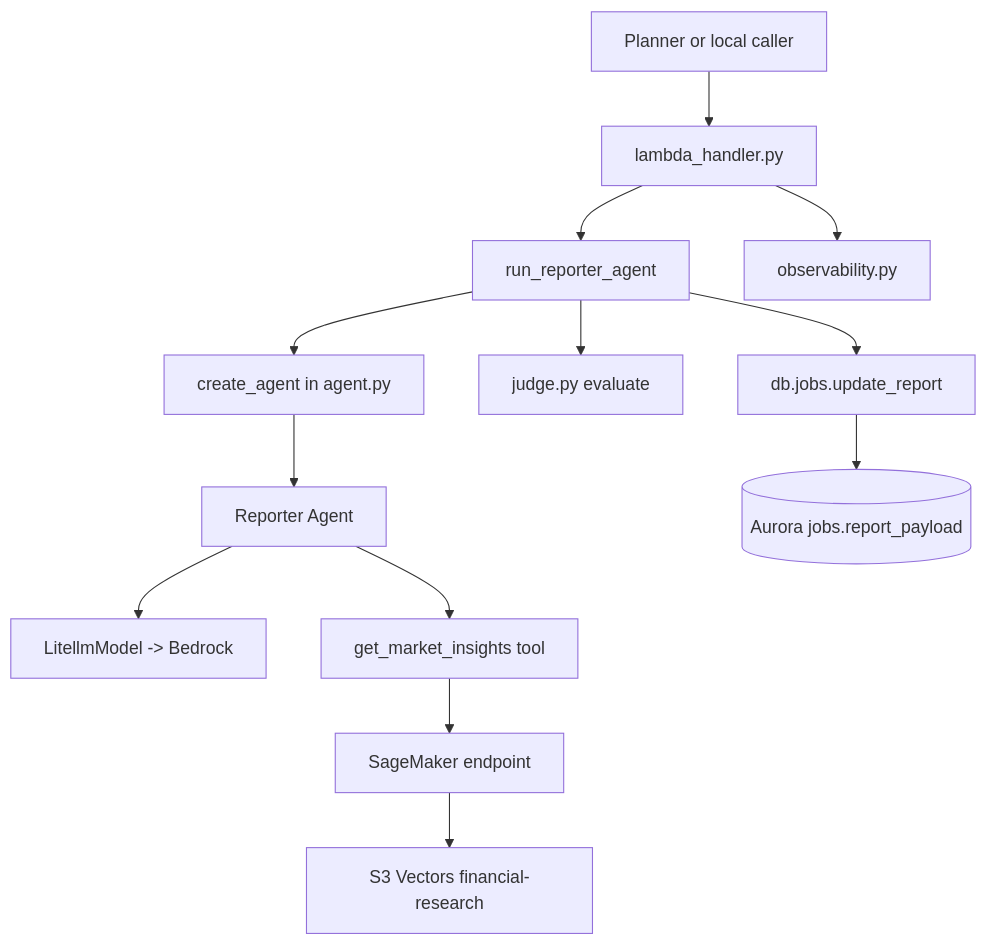
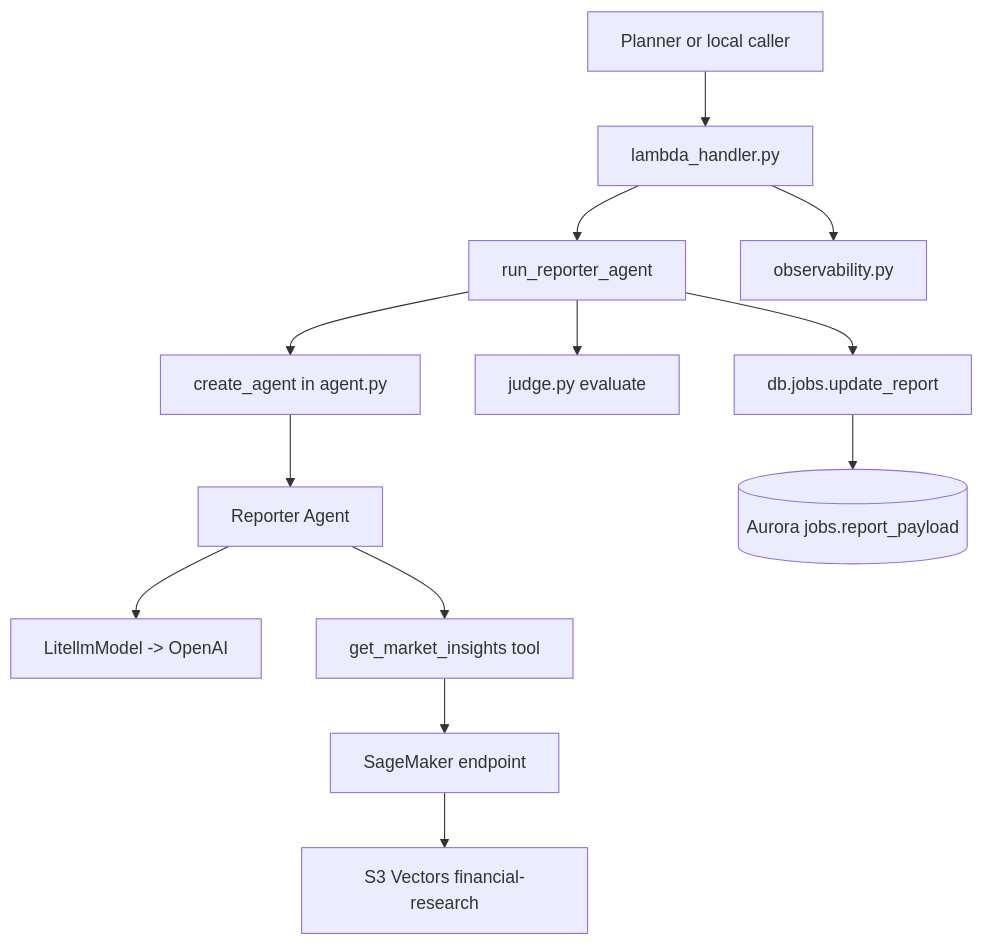
Before and after one commit to Sunny-sunnyy/alex: the first of 3 diagrams in backend/reporter/README.md, drawn with Mermaid. The commit also changed other lines of this file and 43 other files, not shown here.

````diff
--- a/backend/reporter/README.md
+++ b/backend/reporter/README.md
@@ -33,15 +35,15 @@
 ```mermaid
 flowchart TD
     A[Planner or local caller] --> B[lambda_handler.py]
     B --> C[run_reporter_agent]
     C --> D[create_agent in agent.py]
     D --> E[Reporter Agent]
-    E --> F[LitellmModel -> Bedrock]
+    E --> F[LitellmModel -> OpenAI]
     E --> G[get_market_insights tool]
     G --> H[SageMaker endpoint]
     H --> I[S3 Vectors financial-research]
     C --> J[judge.py evaluate]
     C --> K[db.jobs.update_report]
     B --> L[observability.py]
     K --> M[(Aurora jobs.report_payload)]
 ```
````
